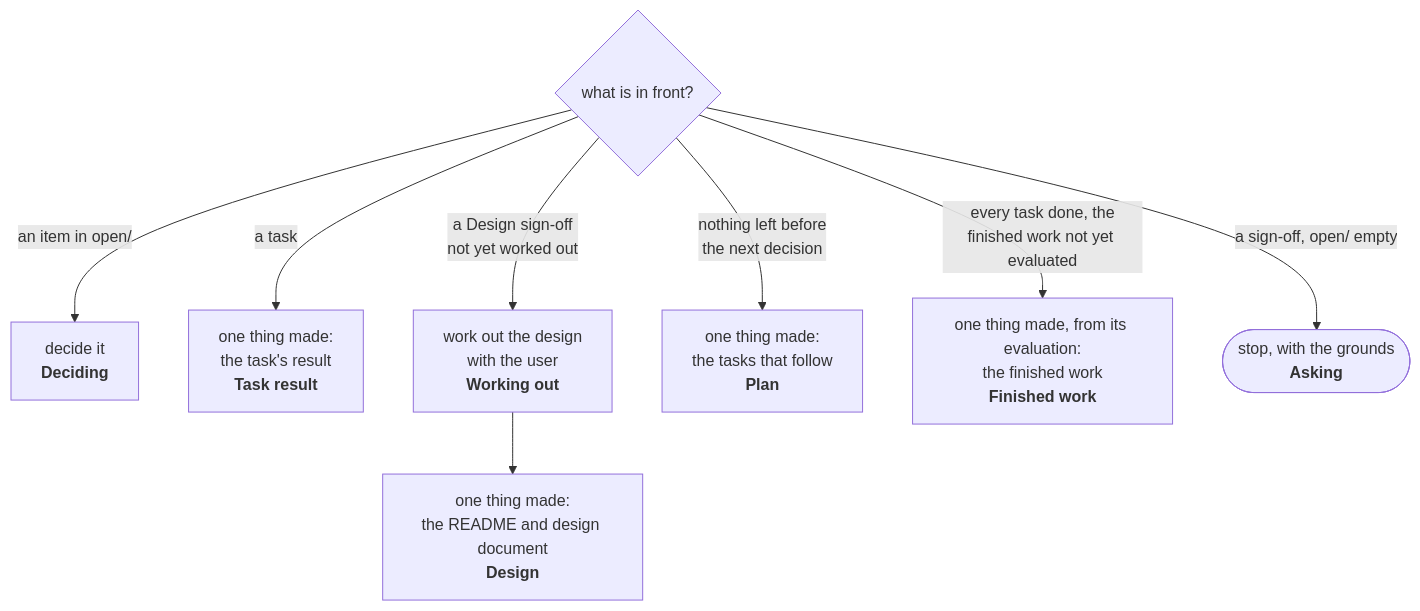
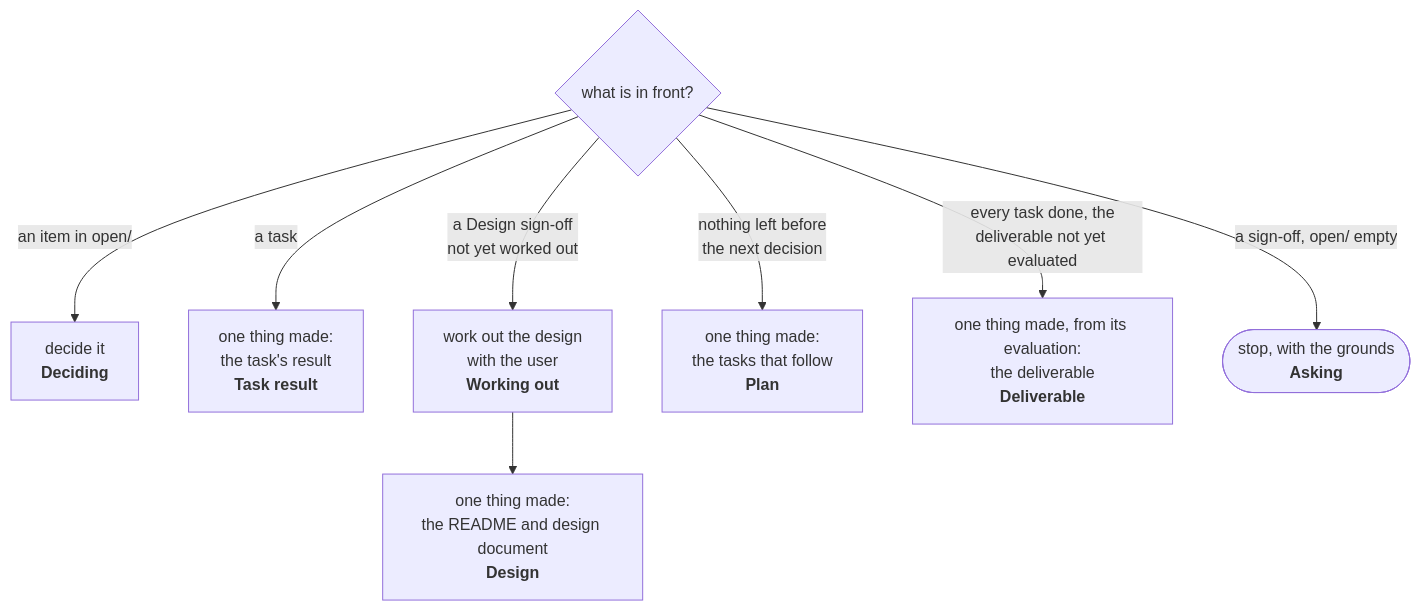
The second of 4 diagrams in rn/docs/design.md (lovaizu/ccpm), drawn with Mermaid before and after one commit. The commit also changed other lines of this file and 2 other files, not shown here.

Commit message:
docs(rn): the last sign-off is named by what it approves — the Deliverable sign-off; the Goal is what every sign-off is judged by

````diff
--- a/rn/docs/design.md
+++ b/rn/docs/design.md
@@ -89,11 +89,11 @@
 ```mermaid
 flowchart TD
     F{"what is in front?"}
     F -->|"an item in open/"| D["decide it<br/><b>Deciding</b>"]
     F -->|"a task"| T["one thing made:<br/>the task's result<br/><b>Task result</b>"]
     F -->|"a Design sign-off<br/>not yet worked out"| W["work out the design<br/>with the user<br/><b>Working out</b>"]
     W --> DT["one thing made:<br/>the README and design document<br/><b>Design</b>"]
     F -->|"nothing left before<br/>the next decision"| P["one thing made:<br/>the tasks that follow<br/><b>Plan</b>"]
-    F -->|"every task done, the<br/>finished work not yet evaluated"| FW["one thing made, from its evaluation:<br/>the finished work<br/><b>Finished work</b>"]
+    F -->|"every task done, the<br/>deliverable not yet evaluated"| FW["one thing made, from its evaluation:<br/>the deliverable<br/><b>Deliverable</b>"]
     F -->|"a sign-off, open/ empty"| A(["stop, with the grounds<br/><b>Asking</b>"])
 ```
````
